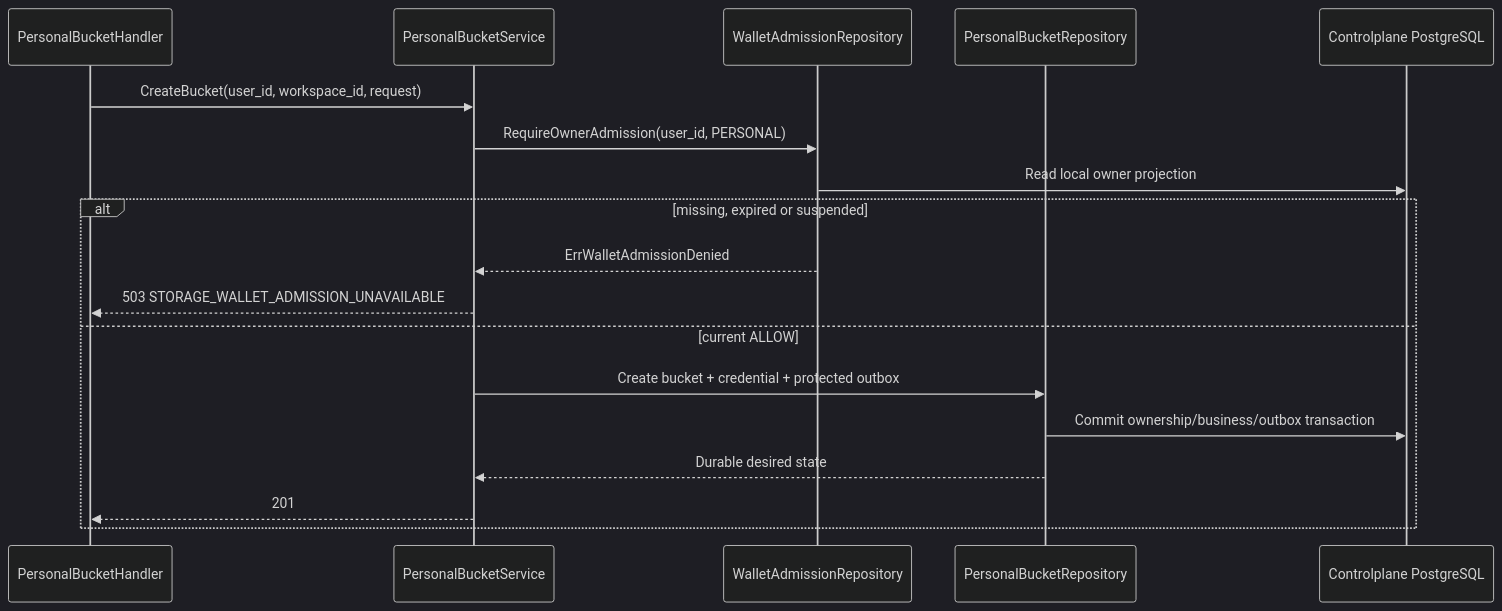
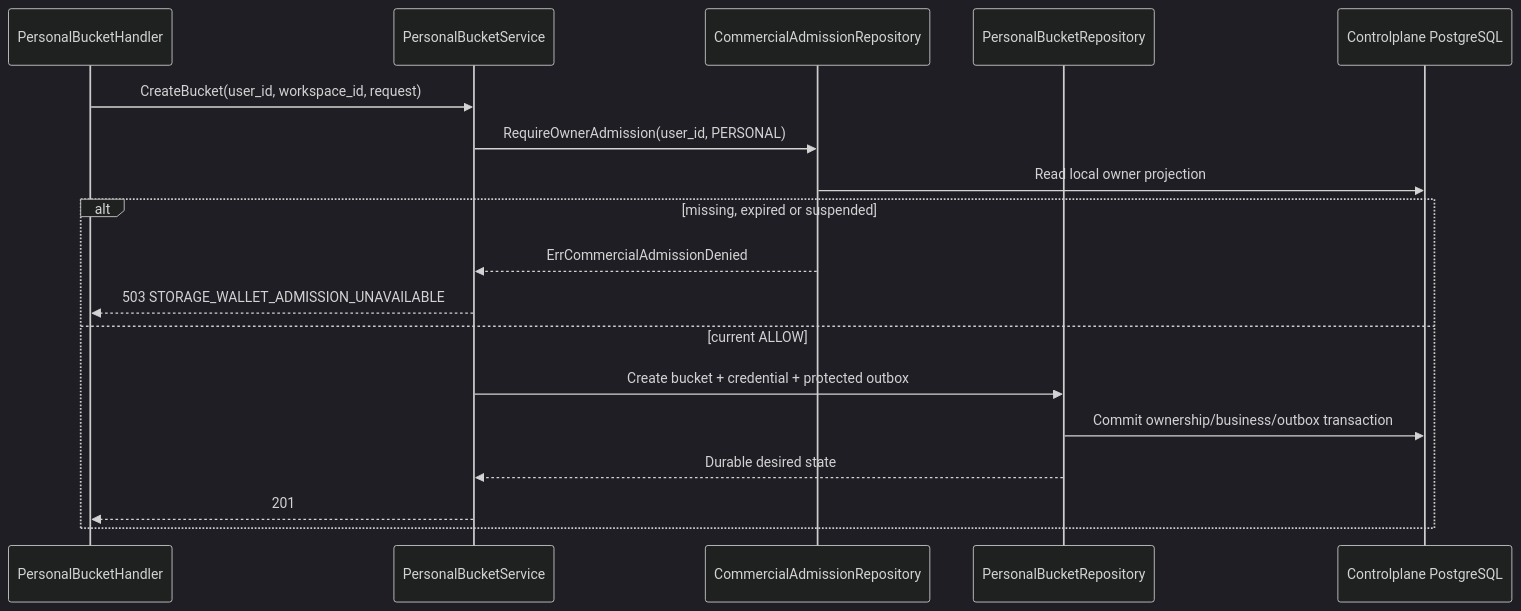
Before and after one commit to phucle996/aurora: the fourth of 4 diagrams in god_view/storage/personal_bucket_create_god_view_workflow.md, drawn with Mermaid (dark theme). The commit also changed 131 other files, not shown here.

````diff
--- a/god_view/storage/personal_bucket_create_god_view_workflow.md
+++ b/god_view/storage/personal_bucket_create_god_view_workflow.md
@@ -247,21 +247,21 @@
 ```mermaid
 sequenceDiagram
     participant H as PersonalBucketHandler
     participant S as PersonalBucketService
-    participant W as WalletAdmissionRepository
+    participant W as CommercialAdmissionRepository
     participant R as PersonalBucketRepository
     participant DB as Controlplane PostgreSQL
 
     H->>S: CreateBucket(user_id, workspace_id, request)
     S->>W: RequireOwnerAdmission(user_id, PERSONAL)
     W->>DB: Read local owner projection
     alt missing, expired or suspended
-        W-->>S: ErrWalletAdmissionDenied
+        W-->>S: ErrCommercialAdmissionDenied
         S-->>H: 503 STORAGE_WALLET_ADMISSION_UNAVAILABLE
     else current ALLOW
         S->>R: Create bucket + credential + protected outbox
         R->>DB: Commit ownership/business/outbox transaction
         R-->>S: Durable desired state
         S-->>H: 201
     end
 ```
````
